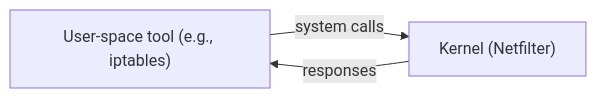
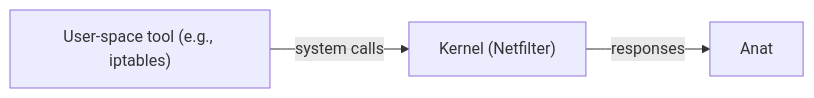
Before and after one commit to alohamujeeb/alohamujeeb.github.io: the fourth of 4 diagrams in docs/linux/linux-networking/linux-firewall.md, drawn with Mermaid. The commit also changed other lines of this file and 14 other files, not shown here.

````diff
--- a/docs/linux/linux-networking/linux-firewall.md
+++ b/docs/linux/linux-networking/linux-firewall.md
@@ -111,8 +114,8 @@
 ```mermaid
 flowchart LR
     A["User-space tool (e.g., iptables)"]
     B["Kernel (Netfilter)"]
 
     A -->|system calls| B
-    B -->|responses| A
+    B -->|responses| Anat
 ```
````
